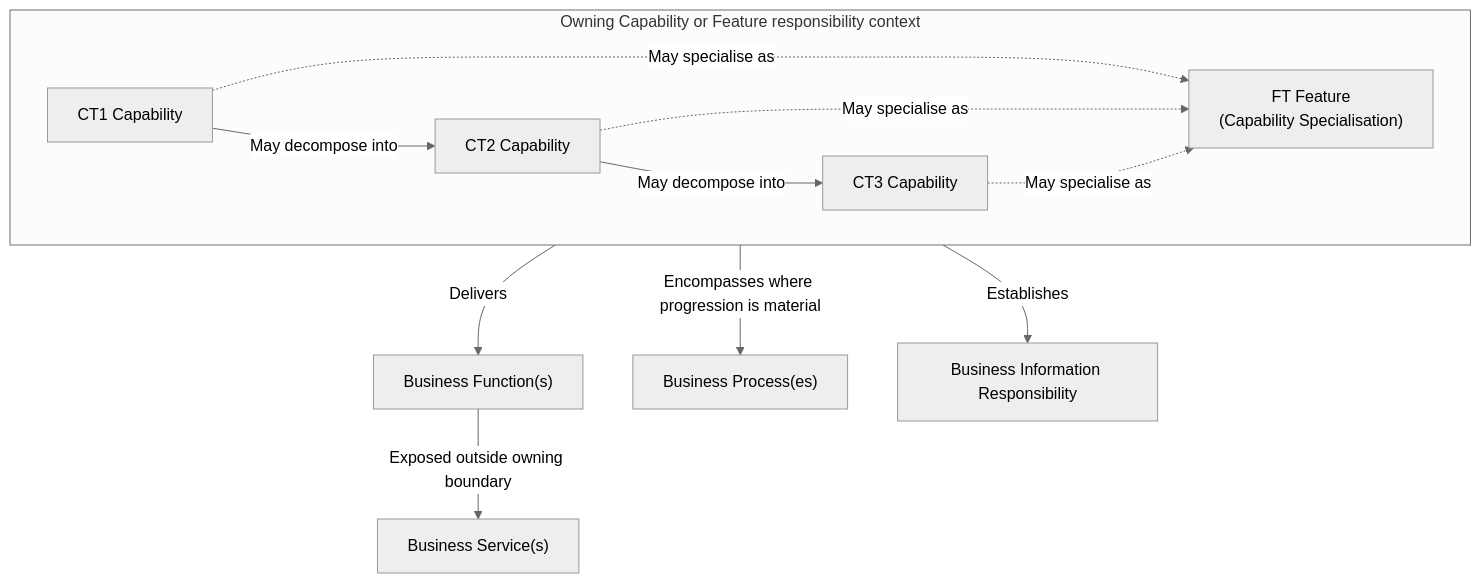
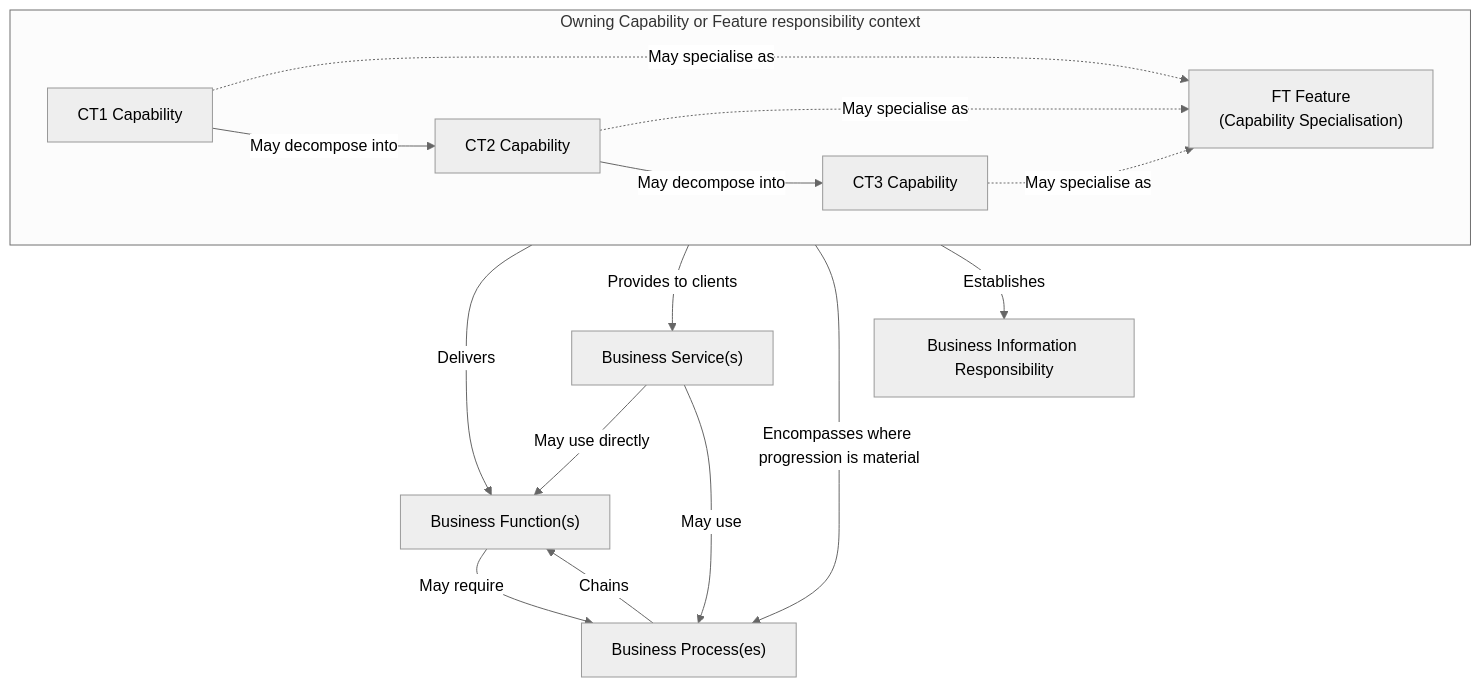
The diagram in docs/markdown/03-business-architecture/metamodel/business-architecture-metamodel.md (fhirfactory/harmonia), drawn with Mermaid (neutral theme) before and after one commit. The commit also changed other lines of this file and 35 other files, not shown here.

````diff
--- a/docs/markdown/03-business-architecture/metamodel/business-architecture-metamodel.md
+++ b/docs/markdown/03-business-architecture/metamodel/business-architecture-metamodel.md
@@ -7,14 +7,18 @@
 ```mermaid
 graph TD
     subgraph OWNER["Owning Capability or Feature responsibility context"]
         CT1["CT1 Capability"] -->|May decompose into| CT2["CT2 Capability"]
         CT2 -->|May decompose into| CT3["CT3 Capability"]
         CT1 -.->|May specialise as| FT["FT Feature<br/>(Capability Specialisation)"]
         CT2 -.->|May specialise as| FT
         CT3 -.->|May specialise as| FT
     end
     OWNER -->|Delivers| FUNC["Business Function(s)"]
-    FUNC -->|Exposed outside owning boundary| SERV["Business Service(s)"]
+    OWNER -->|Provides to clients| SERV["Business Service(s)"]
+    SERV -->|May use directly| FUNC
+    SERV -->|May use| PROC
+    FUNC -->|May require| PROC
+    PROC -->|Chains| FUNC
     OWNER -->|Encompasses where progression is material| PROC["Business Process(es)"]
     OWNER -->|Establishes| INFO["Business Information Responsibility"]
 ```
````
